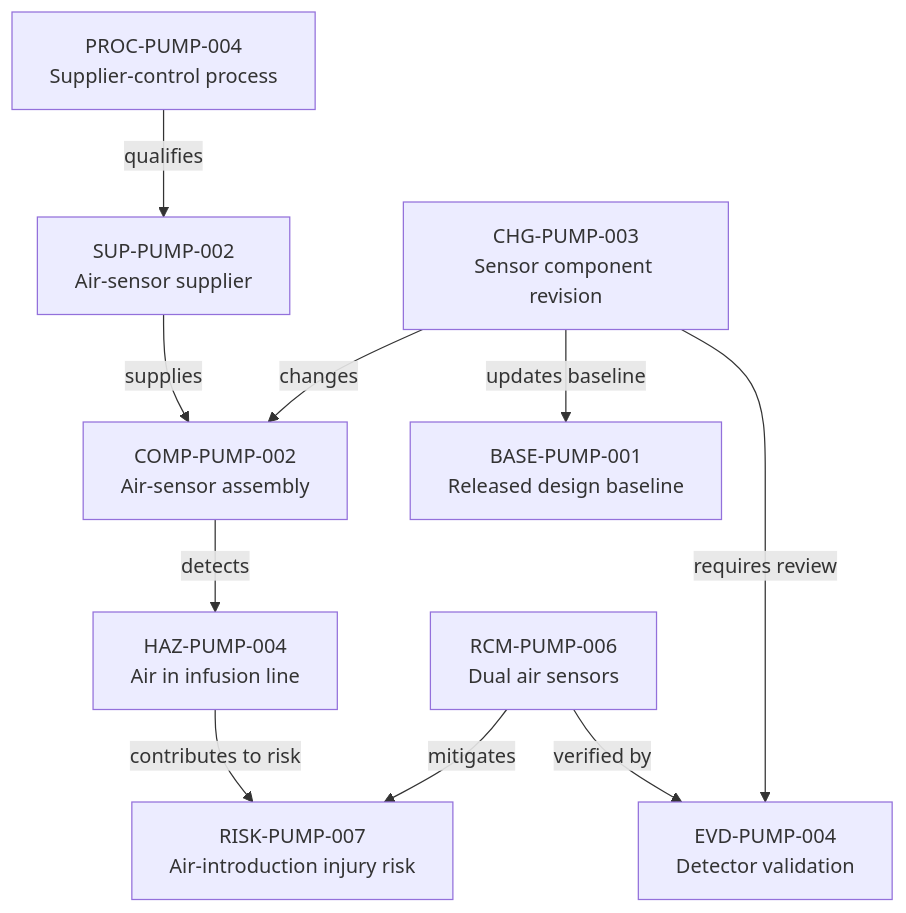
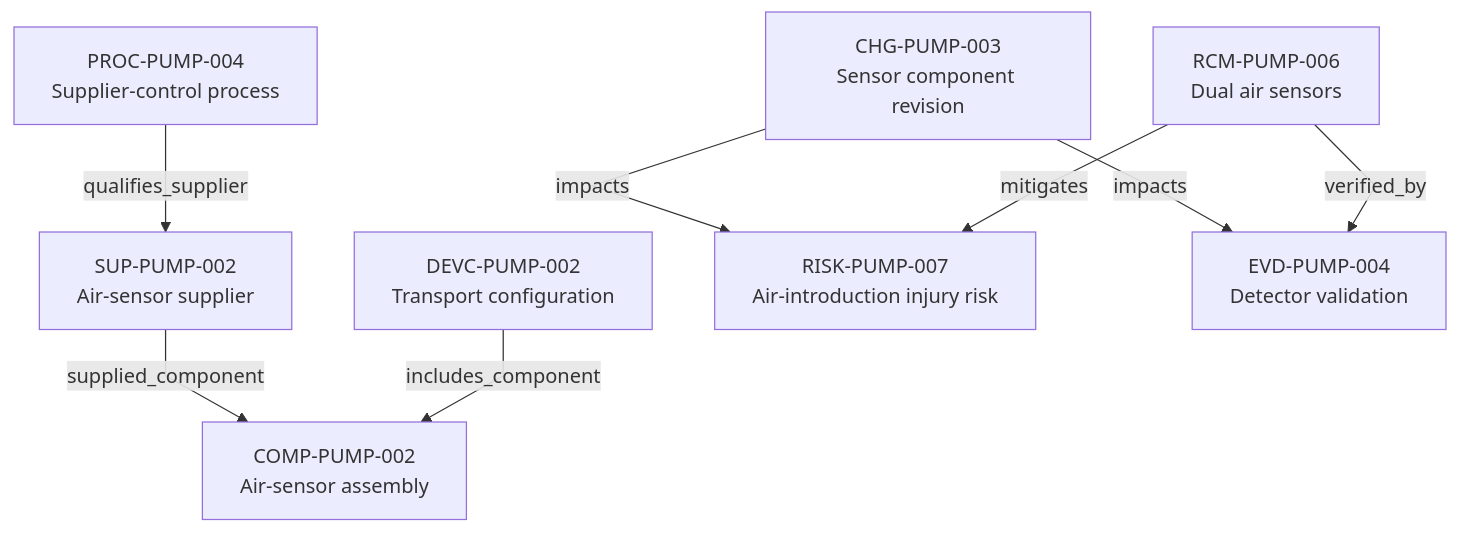
One commit to mvattulainen/mdrontology changed the diagram in content/06-Infpump FlowGuard ontology notes/connections/10-supplier-component-change-control.md. Above: the diagram before and after it, drawn with Mermaid. The commit also changed other lines of this file and 321 other files, not shown here.

Commit message:
Implement Mermaid ontology audit findings

````diff
--- a/content/06-Infpump FlowGuard ontology notes/connections/10-supplier-component-change-control.md
+++ b/content/06-Infpump FlowGuard ontology notes/connections/10-supplier-component-change-control.md
@@ -25,30 +24,27 @@
 ```mermaid
+%%{init: {"flowchart": {"curve": "linear"}}}%%
 flowchart TD
-  N1["SUP-PUMP-002<br/>Air-sensor supplier"]
-  N2["COMP-PUMP-002<br/>Air-sensor assembly"]
-  N3["CHG-PUMP-003<br/>Sensor component revision"]
-  N4["HAZ-PUMP-004<br/>Air in infusion line"]
-  N5["RISK-PUMP-007<br/>Air-introduction injury risk"]
-  N6["RCM-PUMP-006<br/>Dual air sensors"]
-  N7["EVD-PUMP-004<br/>Detector validation"]
-  N8["PROC-PUMP-004<br/>Supplier-control process"]
-  N9["BASE-PUMP-001<br/>Released design baseline"]
-  N8 -->|qualifies| N1
-  N1 -->|supplies| N2
-  N3 -->|changes| N2
-  N2 -->|detects| N4
-  N4 -->|contributes to risk| N5
-  N6 -->|mitigates| N5
-  N6 -->|verified by| N7
-  N3 -->|requires review| N7
-  N3 -->|updates baseline| N9
-  click N1 "/06-infpump-flowguard-ontology-notes/supplier/sup-pump-002-air-sensor-critical-supplier" "Open SUP-PUMP-002"
-  click N2 "/06-infpump-flowguard-ontology-notes/component/comp-pump-002-air-in-line-sensor-assembly" "Open COMP-PUMP-002"
-  click N3 "/06-infpump-flowguard-ontology-notes/change/chg-pump-003-air-sensor-component-revision" "Open CHG-PUMP-003"
-  click N4 "/06-infpump-flowguard-ontology-notes/hazard/haz-pump-004-air-introduced-into-infusion-line" "Open HAZ-PUMP-004"
-  click N5 "/06-infpump-flowguard-ontology-notes/risk/risk-pump-007-clinical-injury-following-air-introduced-into-infusion-line" "Open RISK-PUMP-007"
-  click N6 "/06-infpump-flowguard-ontology-notes/risk-control-measure/rcm-pump-006-dual-air-in-line-sensors" "Open RCM-PUMP-006"
-  click N7 "/06-infpump-flowguard-ontology-notes/verification-evidence/evd-pump-004-air-in-line-detector-validation-report" "Open EVD-PUMP-004"
-  click N8 "/06-infpump-flowguard-ontology-notes/qms-process/proc-pump-004-infusion-pump-supplier-control-process" "Open PROC-PUMP-004"
-  click N9 "/06-infpump-flowguard-ontology-notes/configuration-baseline/base-pump-001-infpump-flowguard-released-design-baseline-11" "Open BASE-PUMP-001"
+  N1["PROC-PUMP-004<br/>Supplier-control process"]
+  N2["SUP-PUMP-002<br/>Air-sensor supplier"]
+  N3["COMP-PUMP-002<br/>Air-sensor assembly"]
+  N4["DEVC-PUMP-002<br/>Transport configuration"]
+  N5["CHG-PUMP-003<br/>Sensor component revision"]
+  N6["RISK-PUMP-007<br/>Air-introduction injury risk"]
+  N7["RCM-PUMP-006<br/>Dual air sensors"]
+  N8["EVD-PUMP-004<br/>Detector validation"]
+  N1 -->|qualifies_supplier| N2
+  N2 -->|supplied_component| N3
+  N4 -->|includes_component| N3
+  N5 -->|impacts| N6
+  N5 -->|impacts| N8
+  N7 -->|mitigates| N6
+  N7 -->|verified_by| N8
+  click N1 "/06-infpump-flowguard-ontology-notes/qms-process/proc-pump-004-infusion-pump-supplier-control-process" "Open PROC-PUMP-004"
+  click N2 "/06-infpump-flowguard-ontology-notes/supplier/sup-pump-002-air-sensor-critical-supplier" "Open SUP-PUMP-002"
+  click N3 "/06-infpump-flowguard-ontology-notes/component/comp-pump-002-air-in-line-sensor-assembly" "Open COMP-PUMP-002"
+  click N4 "/06-infpump-flowguard-ontology-notes/device-configuration/devc-pump-002-infpump-flowguard-transport-configuration-10" "Open DEVC-PUMP-002"
+  click N5 "/06-infpump-flowguard-ontology-notes/change/chg-pump-003-air-sensor-component-revision" "Open CHG-PUMP-003"
+  click N6 "/06-infpump-flowguard-ontology-notes/risk/risk-pump-007-clinical-injury-following-air-introduced-into-infusion-line" "Open RISK-PUMP-007"
+  click N7 "/06-infpump-flowguard-ontology-notes/risk-control-measure/rcm-pump-006-dual-air-in-line-sensors" "Open RCM-PUMP-006"
+  click N8 "/06-infpump-flowguard-ontology-notes/verification-evidence/evd-pump-004-air-in-line-detector-validation-report" "Open EVD-PUMP-004"
 ```
````
